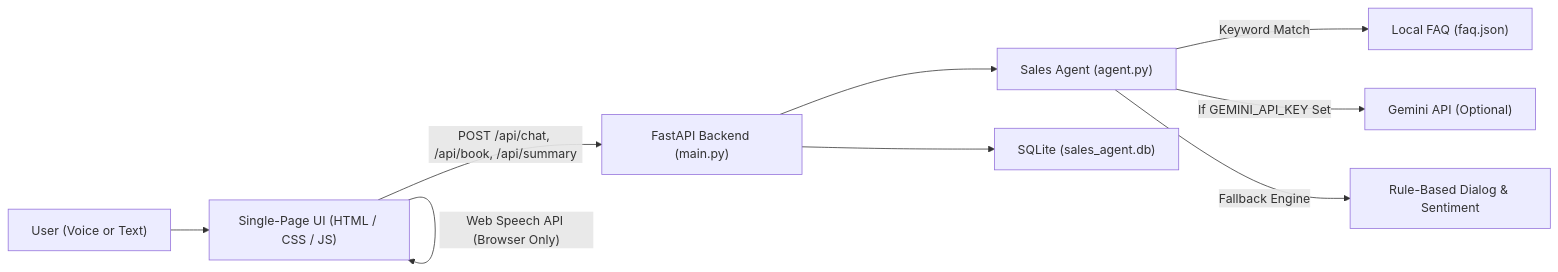
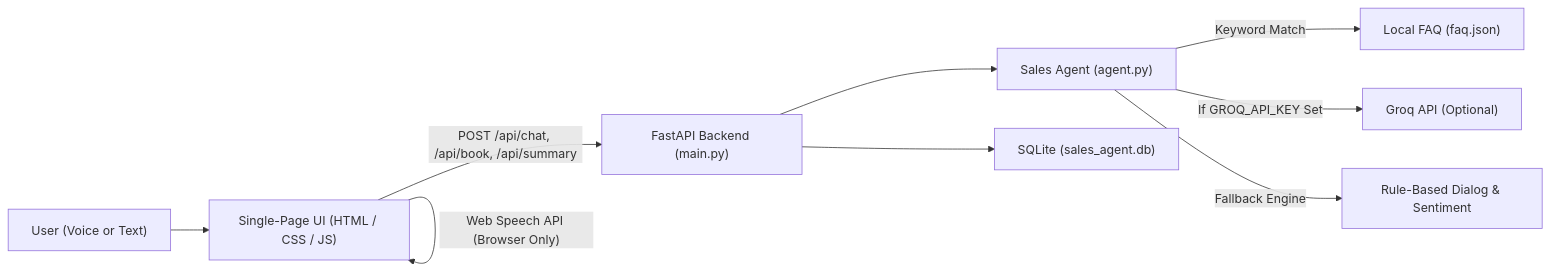
The diagram in REPORT.md (Anmolkannaujiya/AI-Sales-Voice-Agent), drawn with Mermaid before and after one commit. The commit also changed other lines of this file and 6 other files, not shown here.

````diff
--- a/REPORT.md
+++ b/REPORT.md
@@ -19,11 +19,11 @@
 ```mermaid
 flowchart LR
     U["User (Voice or Text)"] --> UI["Single-Page UI (HTML / CSS / JS)"]
     UI -->|"Web Speech API (Browser Only)"| UI
     UI -->|"POST /api/chat, /api/book, /api/summary"| API["FastAPI Backend (main.py)"]
     API --> AG["Sales Agent (agent.py)"]
     AG -->|"Keyword Match"| FAQ["Local FAQ (faq.json)"]
-    AG -->|"If GEMINI_API_KEY Set"| GEM["Gemini API (Optional)"]
+    AG -->|"If GROQ_API_KEY Set"| GROQ["Groq API (Optional)"]
     AG -->|"Fallback Engine"| FB["Rule-Based Dialog & Sentiment"]
     API --> DB["SQLite (sales_agent.db)"]
 ```
````
